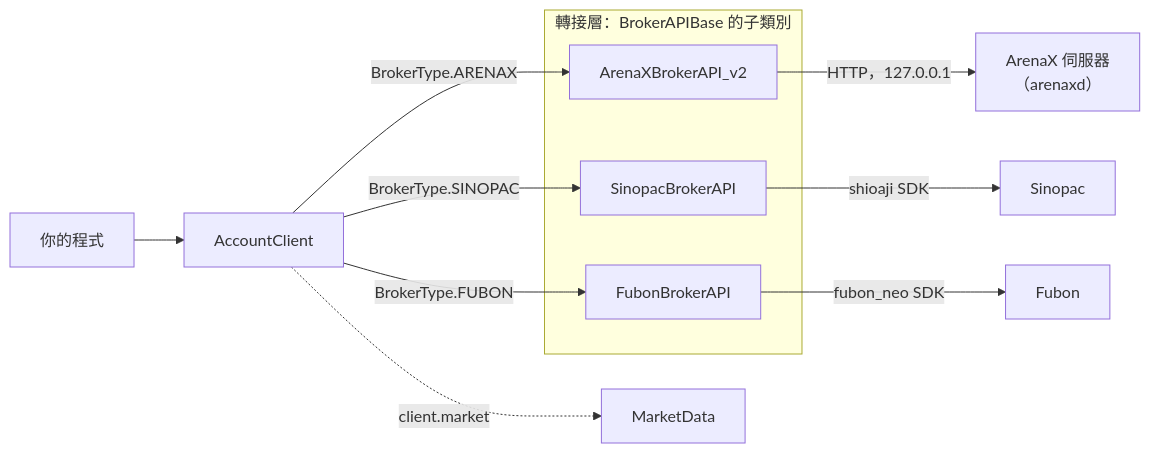
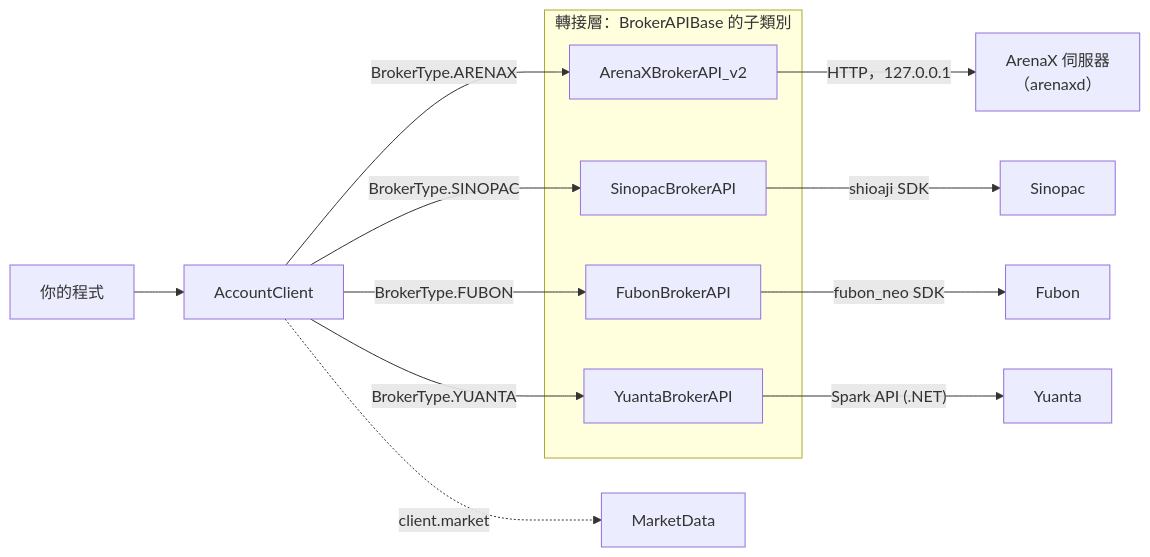
Before and after one commit to jackiesogi/CJTrade: the diagram in doc/get-started/connect.zh-TW.md, drawn with Mermaid. The commit also changed other lines of this file and 27 other files, not shown here.

````diff
--- a/doc/get-started/connect.zh-TW.md
+++ b/doc/get-started/connect.zh-TW.md
@@ -9,16 +9,19 @@
 ```mermaid
 flowchart LR
     Code["你的程式"] --> AC["AccountClient"]
     AC -- "BrokerType.ARENAX" --> AXA["ArenaXBrokerAPI_v2"]
     AC -- "BrokerType.SINOPAC" --> SPA["SinopacBrokerAPI"]
     AC -- "BrokerType.FUBON" --> FBA["FubonBrokerAPI"]
+    AC -- "BrokerType.YUANTA" --> YTA["YuantaBrokerAPI"]
     AC -. "client.market" .-> MD["MarketData"]
     AXA -- "HTTP，127.0.0.1" --> AXS["ArenaX 伺服器<br/>（arenaxd）"]
     SPA -- "shioaji SDK" --> SPS["Sinopac"]
     FBA -- "fubon_neo SDK" --> FBS["Fubon"]
+    YTA -- "Spark API (.NET)" --> YTS["Yuanta"]
     subgraph Adapters["轉接層：BrokerAPIBase 的子類別"]
         AXA
         SPA
         FBA
+        YTA
     end
 ```
````
